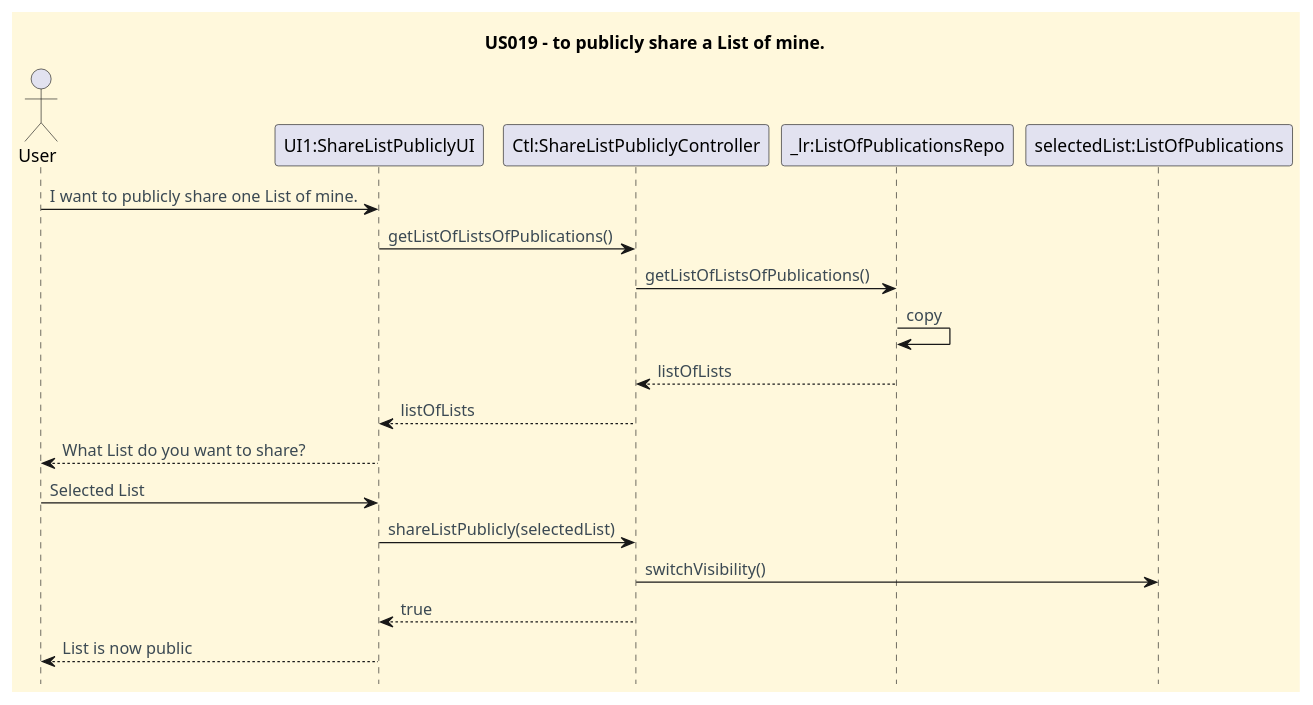
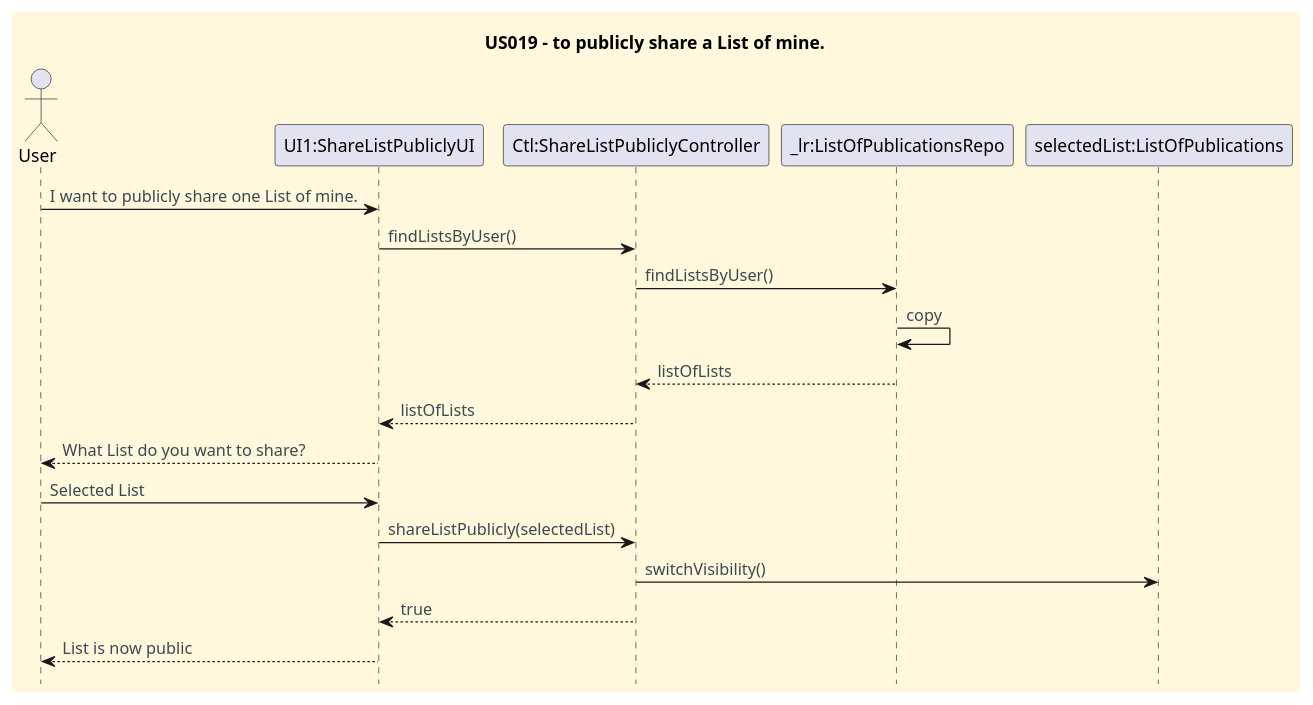
The diagram in docs/userStories/US019/US019_to_publicly_share_a_list_SD.puml (CarolinaLeite-collab/JavaMarketplacePlatform), drawn with PlantUML before and after one commit. The commit also changed 1 other file, not shown here.

```diff
--- a/docs/userStories/US019/US019_to_publicly_share_a_list_SD.puml
+++ b/docs/userStories/US019/US019_to_publicly_share_a_list_SD.puml
@@ -1,42 +1,42 @@
 @startuml
 'https://plantuml.com/sequence-diagram
 hide footbox
 title US019 - to publicly share a List of mine.
 
 
 '==== basic style ====
 skinparam monochrome false
 skinparam shadowing false
 skinparam defaultFontName Futura
 skinparam objectFontSize 20
 skinparam backgroundColor CornSilk
 skinparam objectBackgroundColor WhiteSmoke
 skinparam noteBackgroundColor #FFFFE0
 skinparam ArrowFontColor #3B4953
 skinparam ActivationBackgroundColor black
 
 
 actor User
 participant "UI1:ShareListPubliclyUI"
 participant "Ctl:ShareListPubliclyController"
 participant "_lr:ListOfPublicationsRepo"
 participant "selectedList:ListOfPublications"
 
 
 User -> "UI1:ShareListPubliclyUI" : I want to publicly share one List of mine.
-"UI1:ShareListPubliclyUI" -> "Ctl:ShareListPubliclyController" : getListOfListsOfPublications()
-"Ctl:ShareListPubliclyController" -> "_lr:ListOfPublicationsRepo" : getListOfListsOfPublications()
+"UI1:ShareListPubliclyUI" -> "Ctl:ShareListPubliclyController" : findListsByUser()
+"Ctl:ShareListPubliclyController" -> "_lr:ListOfPublicationsRepo" : findListsByUser()
 "_lr:ListOfPublicationsRepo" -> "_lr:ListOfPublicationsRepo" : copy
 "_lr:ListOfPublicationsRepo" --> "Ctl:ShareListPubliclyController" : listOfLists
 "Ctl:ShareListPubliclyController" --> "UI1:ShareListPubliclyUI" : listOfLists
 "UI1:ShareListPubliclyUI" --> User : What List do you want to share?
 User -> "UI1:ShareListPubliclyUI" : Selected List
 "UI1:ShareListPubliclyUI" -> "Ctl:ShareListPubliclyController" : shareListPublicly(selectedList)
 "Ctl:ShareListPubliclyController" -> "selectedList:ListOfPublications" : switchVisibility()
 "Ctl:ShareListPubliclyController" --> "UI1:ShareListPubliclyUI" : true
 "UI1:ShareListPubliclyUI" --> User : List is now public
 
 
 
 
 @enduml
```
